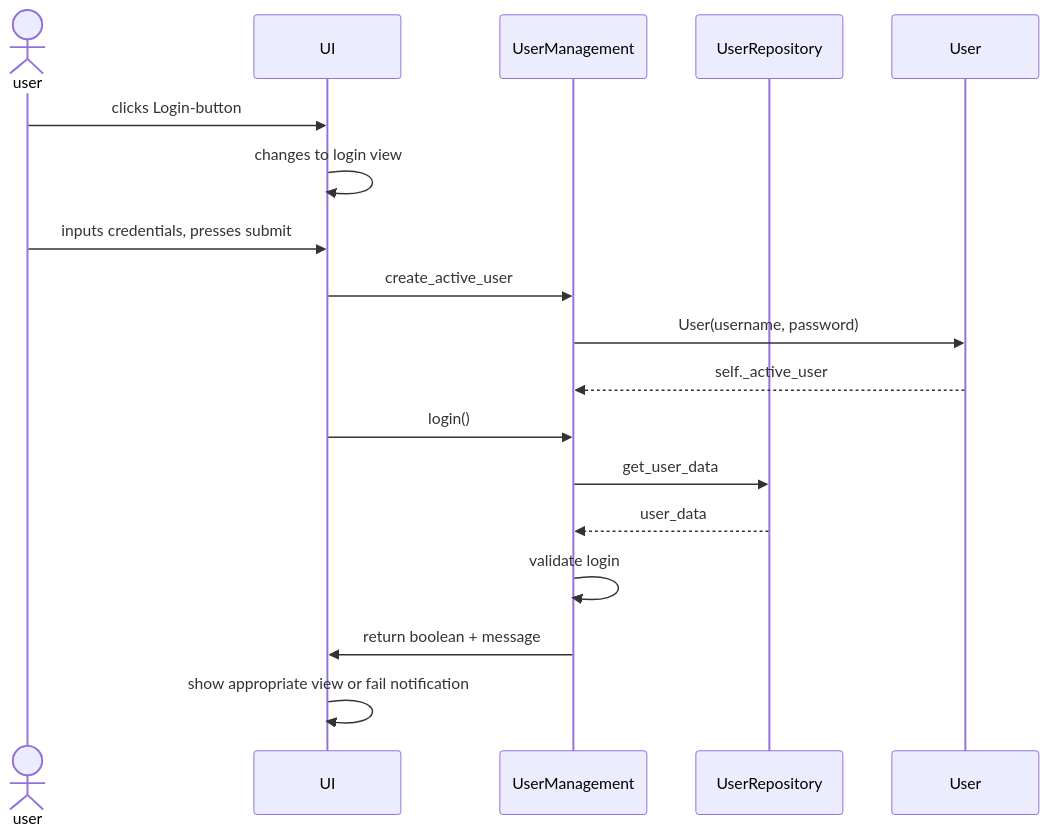
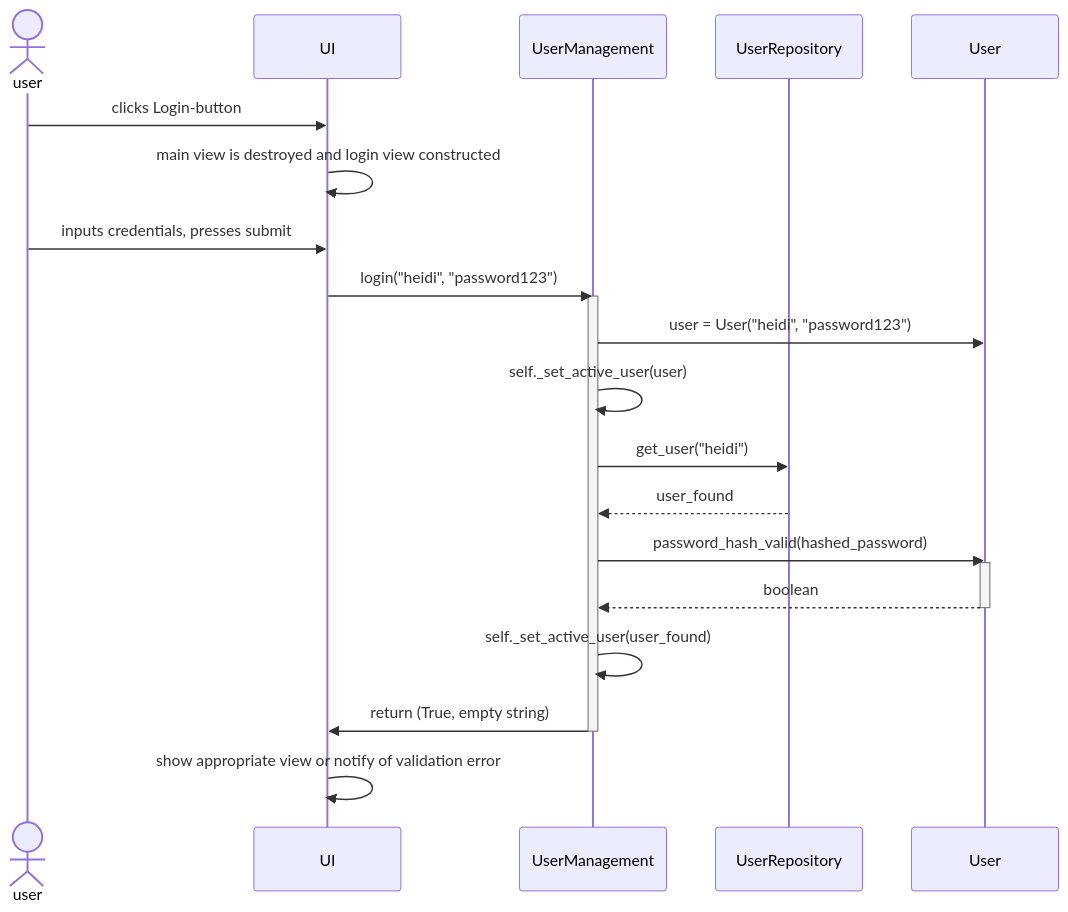
One commit to heidi-holappa/ot-harjoitustyo changed the third of 5 diagrams in documentation/architecture.md. Above: the diagram before and after it, drawn with Mermaid. The commit also changed other lines of this file, not shown here.

Commit message:
update architecture documentation

````diff
--- a/documentation/architecture.md
+++ b/documentation/architecture.md
@@ -73,20 +73,25 @@
 ```mermaid
 sequenceDiagram
 actor user
 participant UI
 participant UserManagement
 participant UserRepository
 participant User
 user ->> UI: clicks Login-button
-UI ->> UI: changes to login view
+UI ->> UI: main view is destroyed and login view constructed
 user ->> UI: inputs credentials, presses submit
-UI ->> UserManagement: create_active_user
-UserManagement ->> User: User(username, password)
-User -->> UserManagement: self._active_user
-UI ->> UserManagement: login()
-UserManagement ->> UserRepository: get_user_data
-UserRepository -->> UserManagement: user_data
-UserManagement ->> UserManagement: validate login
-UserManagement ->> UI: return boolean + message
-UI ->> UI: show appropriate view or fail notification
+UI ->> UserManagement: login("heidi", "password123")
+activate UserManagement
+UserManagement ->> User: user = User("heidi", "password123")
+UserManagement ->> UserManagement: self._set_active_user(user)
+UserManagement ->> UserRepository: get_user("heidi")
+UserRepository -->> UserManagement: user_found
+UserManagement ->> User: password_hash_valid(hashed_password)
+activate User
+User -->> UserManagement: boolean
+deactivate User
+UserManagement ->> UserManagement: self._set_active_user(user_found)
+UserManagement ->> UI: return (True, empty string)
+deactivate UserManagement
+UI ->> UI: show appropriate view or notify of validation error
 ```
````
